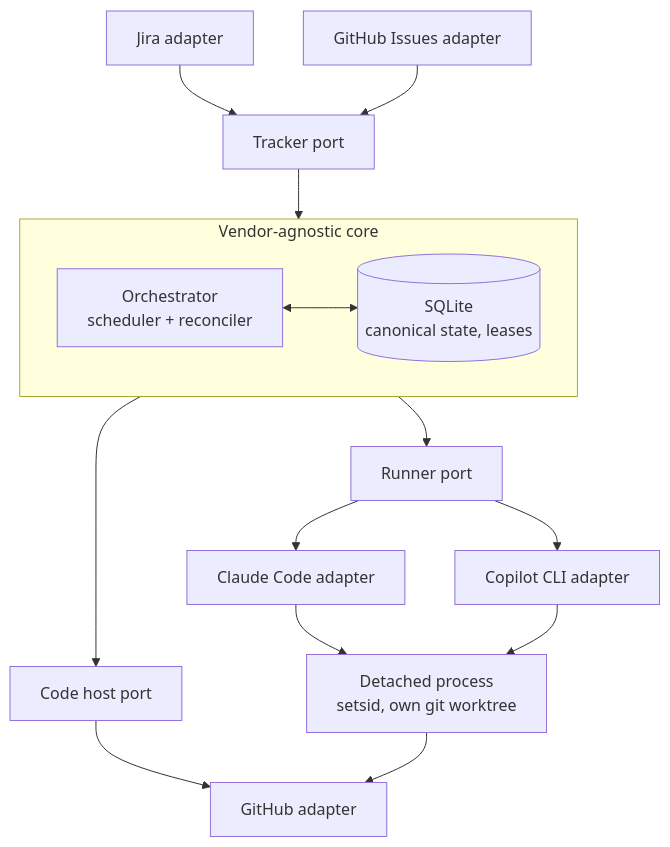
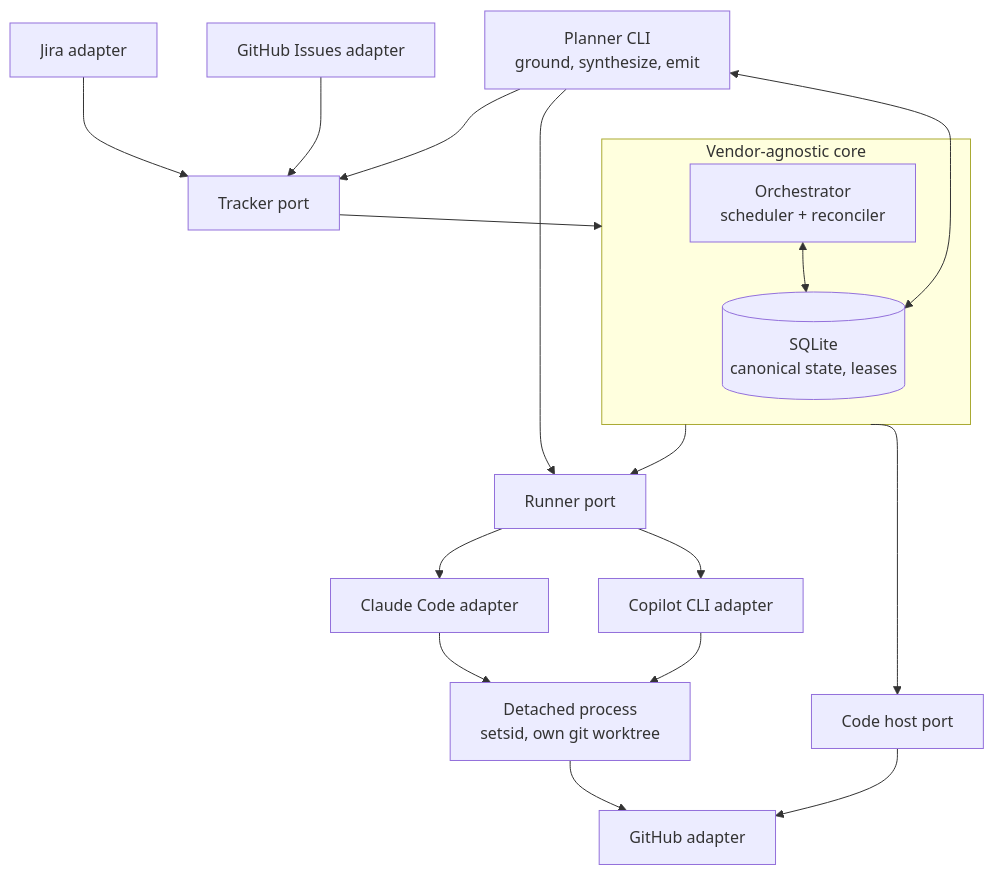
Before and after one commit to u-ways/ticketflow: the first of 5 diagrams in docs/architecture.md, drawn with Mermaid. The commit also changed other lines of this file and 61 other files, not shown here.

````diff
--- a/docs/architecture.md
+++ b/docs/architecture.md
@@ -102,23 +102,27 @@
 ```mermaid
 flowchart TD
     JIRA[Jira adapter] --> TP[Tracker port]
     GHI[GitHub Issues adapter] --> TP
     TP --> CORE
+
+    PLAN[Planner CLI<br/>ground, synthesize, emit] --> TP
+    PLAN --> RP
+    PLAN <--> DB
 
     subgraph CORE [Vendor-agnostic core]
         ORCH[Orchestrator<br/>scheduler + reconciler]
         DB[(SQLite<br/>canonical state, leases)]
         ORCH <--> DB
     end
 
     CORE --> RP[Runner port]
     CORE --> CHP[Code host port]
 
     RP --> CC[Claude Code adapter]
     RP --> COP[Copilot CLI adapter]
     CHP --> GH[GitHub adapter]
 
     CC --> PROC[Detached process<br/>setsid, own git worktree]
     COP --> PROC
     PROC --> GH
 ```
````
